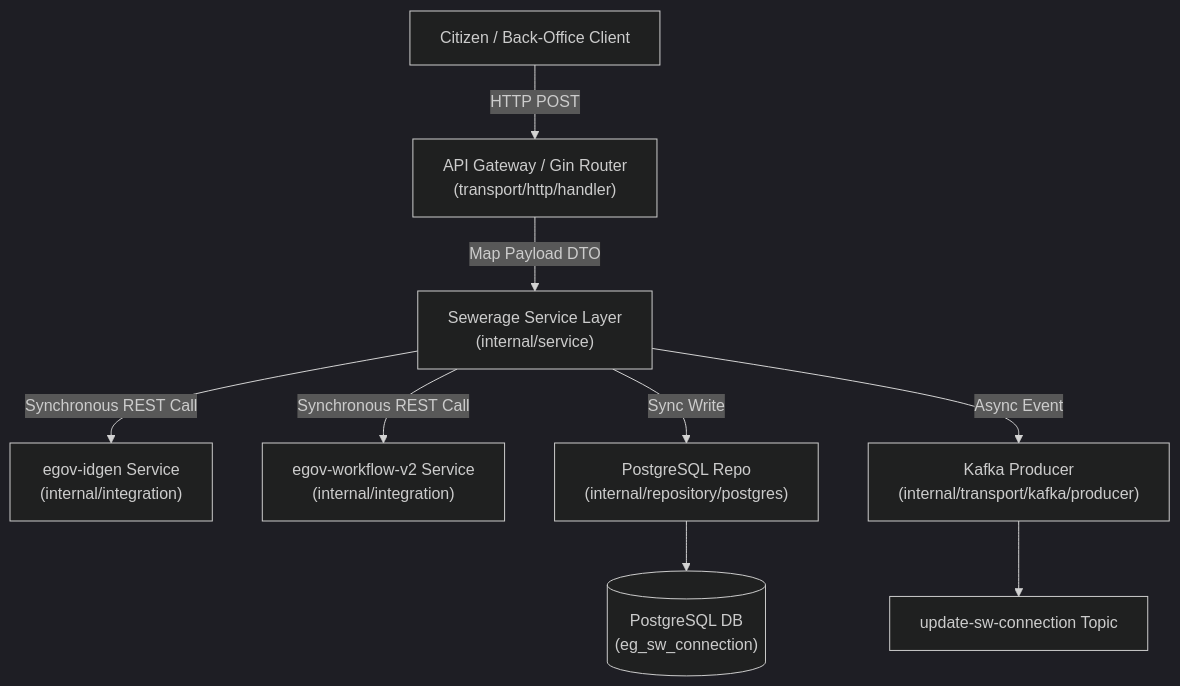
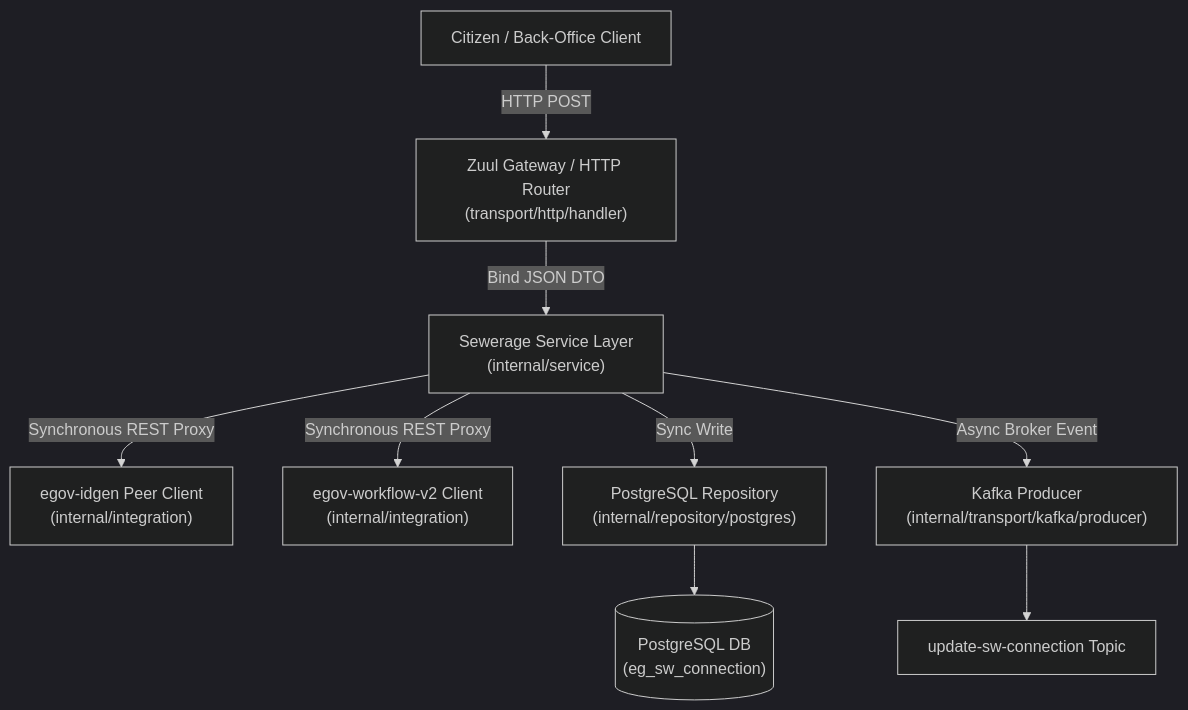
The first of 2 diagrams in docs/final_engineering_report.md (Sushant-RM/sw-services-go), drawn with Mermaid (dark theme) before and after one commit. The commit also changed other lines of this file and 13 other files, not shown here.

````diff
--- a/docs/final_engineering_report.md
+++ b/docs/final_engineering_report.md
@@ -37,11 +35,11 @@
 ```mermaid
 graph TD
-    Client["Citizen / Back-Office Client"] -- HTTP POST --> Gateway["API Gateway / Gin Router<br>(transport/http/handler)"]
-    Gateway -- Map Payload DTO --> Service["Sewerage Service Layer<br>(internal/service)"]
-    Service -- Synchronous REST Call --> IDGen["egov-idgen Service<br>(internal/integration)"]
-    Service -- Synchronous REST Call --> Workflow["egov-workflow-v2 Service<br>(internal/integration)"]
-    Service -- Sync Write --> Repos["PostgreSQL Repo<br>(internal/repository/postgres)"]
-    Service -- Async Event --> Kafka["Kafka Producer<br>(internal/transport/kafka/producer)"]
+    Client["Citizen / Back-Office Client"] -- HTTP POST --> Gateway["Zuul Gateway / HTTP Router<br>(transport/http/handler)"]
+    Gateway -- Bind JSON DTO --> Service["Sewerage Service Layer<br>(internal/service)"]
+    Service -- Synchronous REST Proxy --> IDGen["egov-idgen Peer Client<br>(internal/integration)"]
+    Service -- Synchronous REST Proxy --> Workflow["egov-workflow-v2 Client<br>(internal/integration)"]
+    Service -- Sync Write --> Repos["PostgreSQL Repository<br>(internal/repository/postgres)"]
+    Service -- Async Broker Event --> Kafka["Kafka Producer<br>(internal/transport/kafka/producer)"]
     Repos --> DB[("PostgreSQL DB<br>(eg_sw_connection)")]
     Kafka --> Topic["update-sw-connection Topic"]
 ```
````
